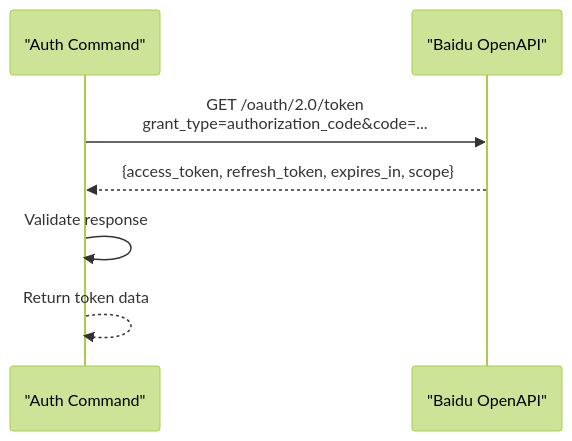
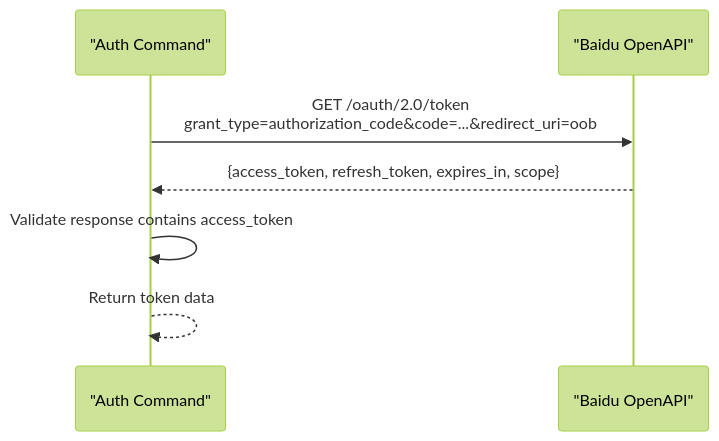
Before and after one commit to yuexiaoliang/baiduwangpan-manager: the fourth of 6 diagrams in .qoder/repowiki/en/content/Command Reference/Auth Command.md, drawn with Mermaid (forest theme). The commit also changed other lines of this file and 30 other files, not shown here.

````diff
--- a/.qoder/repowiki/en/content/Command Reference/Auth Command.md
+++ b/.qoder/repowiki/en/content/Command Reference/Auth Command.md
@@ -200,9 +216,9 @@
 ```mermaid
 sequenceDiagram
 participant CLI as "Auth Command"
 participant OA as "Baidu OpenAPI"
-CLI->>OA : GET /oauth/2.0/token<br/>grant_type=authorization_code&code=...
+CLI->>OA : GET /oauth/2.0/token<br/>grant_type=authorization_code&code=...&redirect_uri=oob
 OA-->>CLI : {access_token, refresh_token, expires_in, scope}
-CLI->>CLI : Validate response
+CLI->>CLI : Validate response contains access_token
 CLI-->>CLI : Return token data
 ```
````
